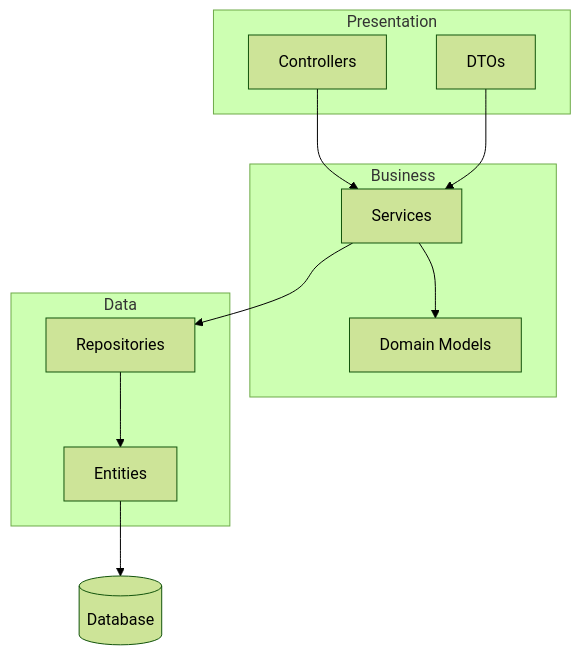
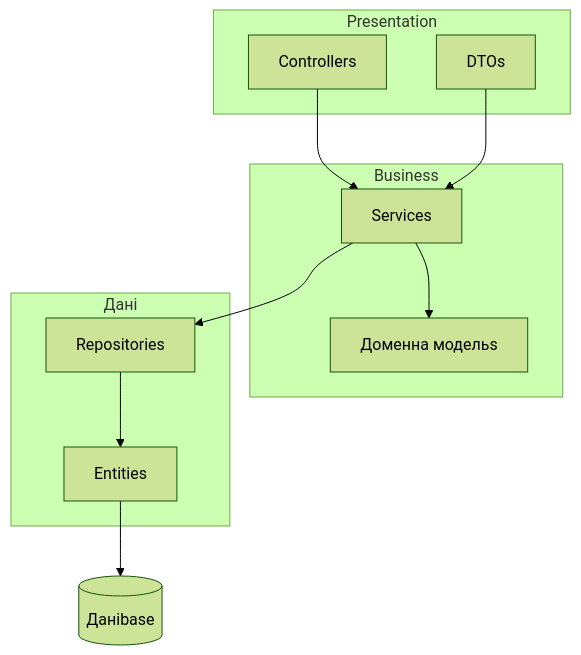
Before and after one commit to olroi421/course-tprmr: the fifth of 5 diagrams in presentation-01.md, drawn with Mermaid (forest theme). The commit also changed other lines of this file and 2 other files, not shown here.

````diff
--- a/presentation-01.md
+++ b/presentation-01.md
@@ -882,24 +882,24 @@
 ```mermaid
 graph TB
     subgraph Presentation
         A[Controllers]
         B[DTOs]
     end
     
     subgraph Business
         C[Services]
-        D[Domain Models]
+        D[Доменна модельs]
     end
     
-    subgraph Data
+    subgraph Дані
         E[Repositories]
         F[Entities]
     end
     
     A --> C
     B --> C
     C --> D
     C --> E
     E --> F
-    F --> G[(Database)]
+    F --> G[(Даніbase)]
 ```
````
